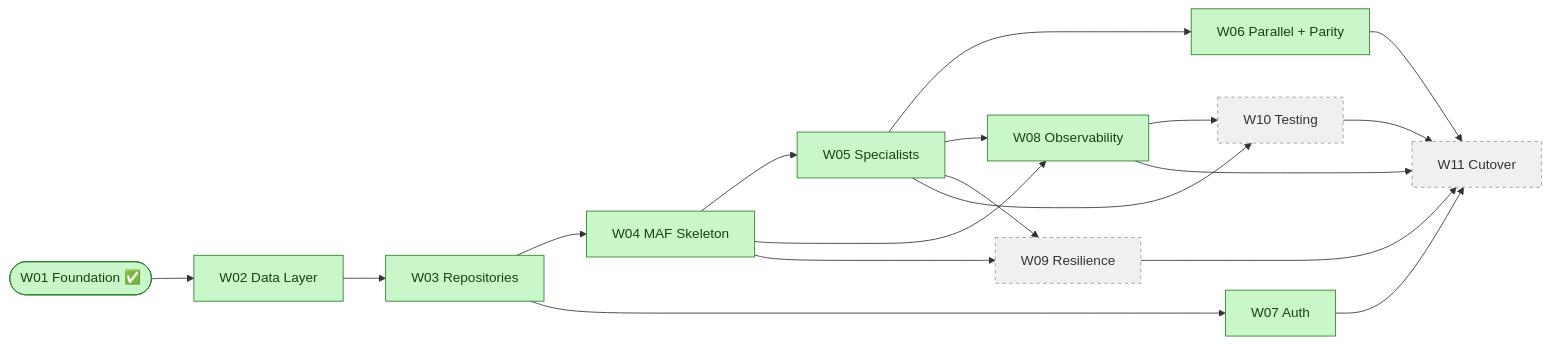
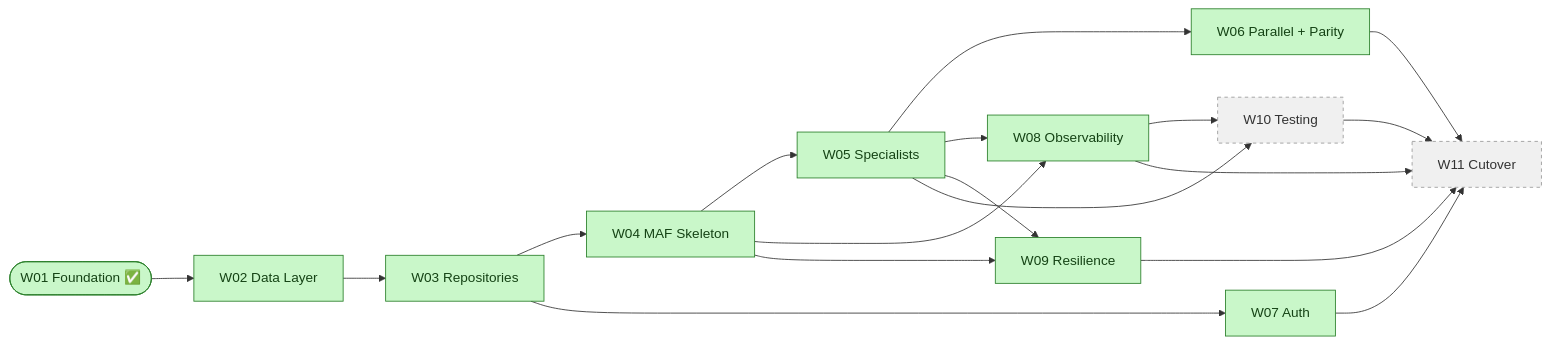
Before and after one commit to nandyap/EPG-MAF: the diagram in docs/workstreams/workstream-log.md, drawn with Mermaid. The commit also changed other lines of this file and 20 other files, not shown here.

````diff
--- a/docs/workstreams/workstream-log.md
+++ b/docs/workstreams/workstream-log.md
@@ -57,28 +57,29 @@
 ```mermaid
 flowchart LR
     W01([W01 Foundation ✅]) --> W02[W02 Data Layer]
     W02 --> W03[W03 Repositories]
     W03 --> W04[W04 MAF Skeleton]
     W04 --> W05[W05 Specialists]
     W05 --> W06[W06 Parallel + Parity]
     W03 --> W07[W07 Auth]
     W04 --> W08[W08 Observability]
     W05 --> W08
     W04 --> W09[W09 Resilience]
     W05 --> W09
     W05 --> W10[W10 Testing]
     W08 --> W10
     W06 & W07 & W08 & W09 & W10 --> W11[W11 Cutover]
 
     classDef done fill:#c9f7c9,stroke:#2a7f2a,color:#154315
     classDef pending fill:#f0f0f0,stroke:#999,stroke-dasharray:4 4
     class W01 done
     class W02 done
     class W03 done
     class W04 done
     class W05 done
     class W06 done
     class W07 done
     class W08 done
-    class W09,W10,W11 pending
+    class W09 done
+    class W10,W11 pending
 ```
````
